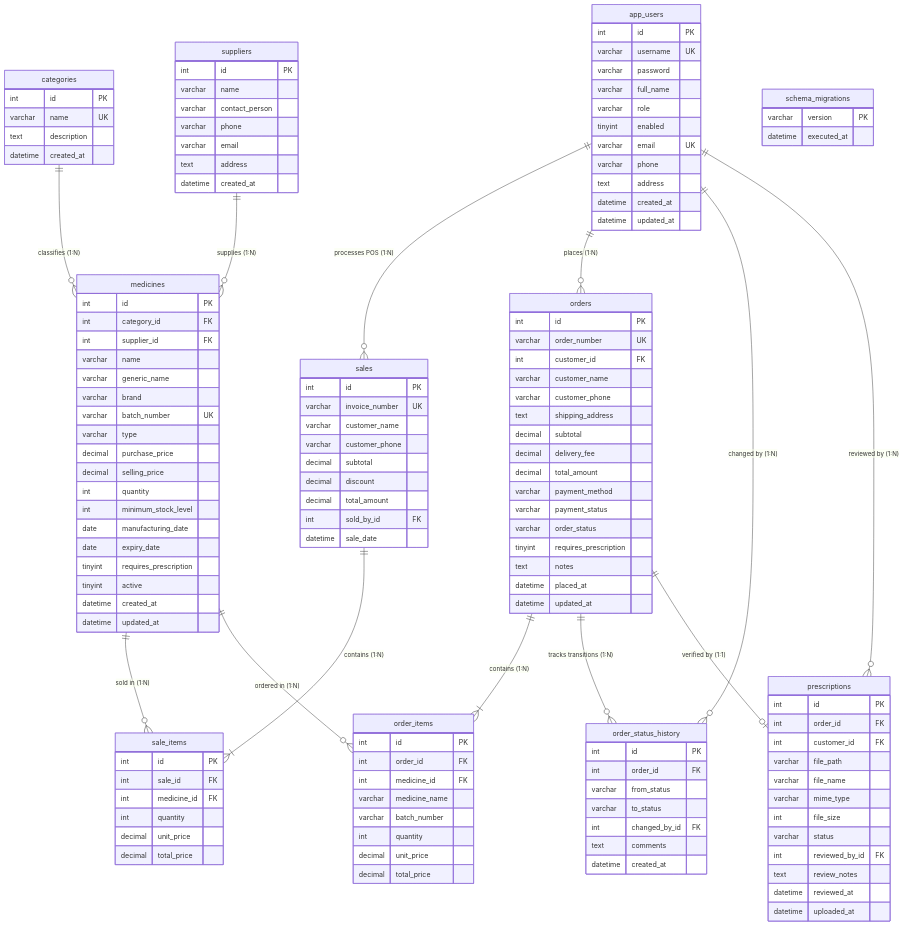
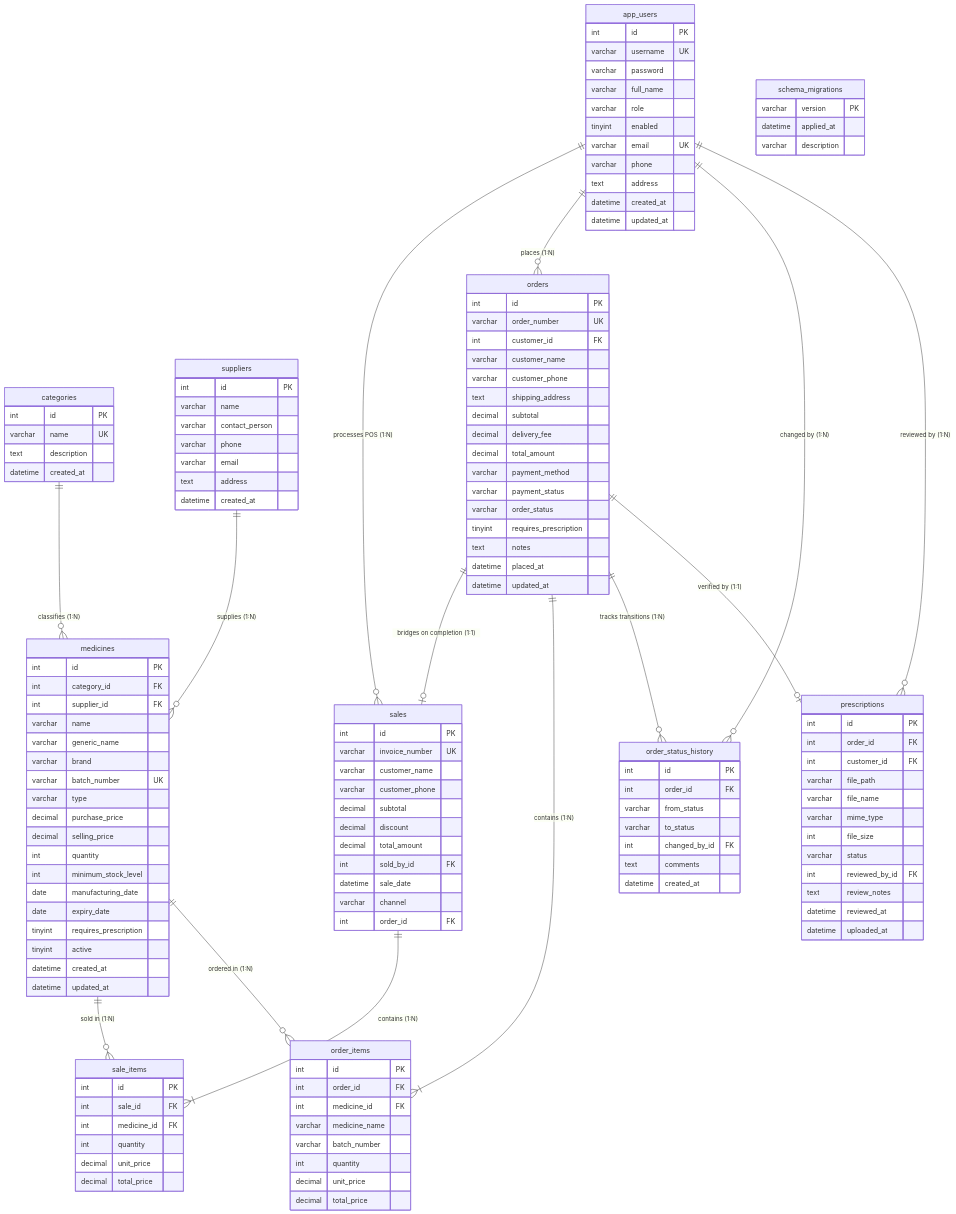
One commit to mahdi-014/PharmaCare-php changed the second of 3 diagrams in docs/ARCHITECTURE.md. Above: the diagram before and after it, drawn with Mermaid. The commit also changed other lines of this file and 21 other files, not shown here.

Commit message:
feat(orders): simplify order lifecycle, fix prescription streaming, and synchronize online sales to core ledger

````diff
--- a/docs/ARCHITECTURE.md
+++ b/docs/ARCHITECTURE.md
@@ -100,6 +100,7 @@
     categories ||--o{ medicines : "classifies (1:N)"
     suppliers ||--o{ medicines : "supplies (1:N)"
     app_users ||--o{ sales : "processes POS (1:N)"
+    orders ||--o| sales : "bridges on completion (1:1)"
     sales ||--|{ sale_items : "contains (1:N)"
     medicines ||--o{ sale_items : "sold in (1:N)"
     app_users ||--o{ orders : "places (1:N)"
@@ -172,6 +173,8 @@
         decimal total_amount
         int sold_by_id FK
         datetime sale_date
+        varchar channel
+        int order_id FK
     }
 
     sale_items {
@@ -240,6 +243,7 @@
 
     schema_migrations {
         varchar version PK
-        datetime executed_at
+        datetime applied_at
+        varchar description
     }
 ```
````
